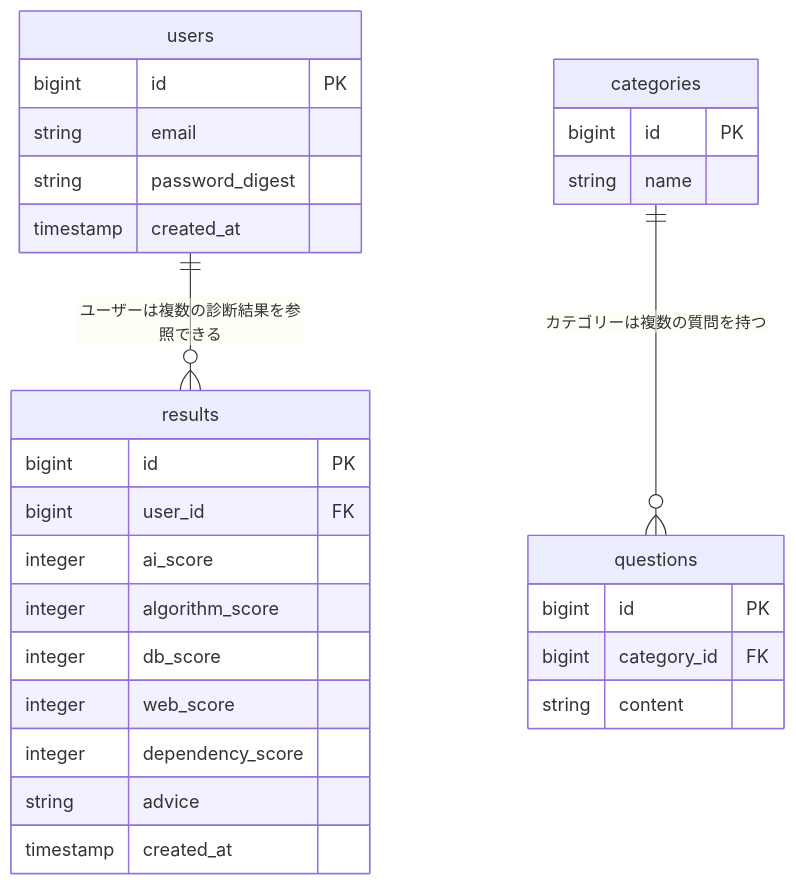
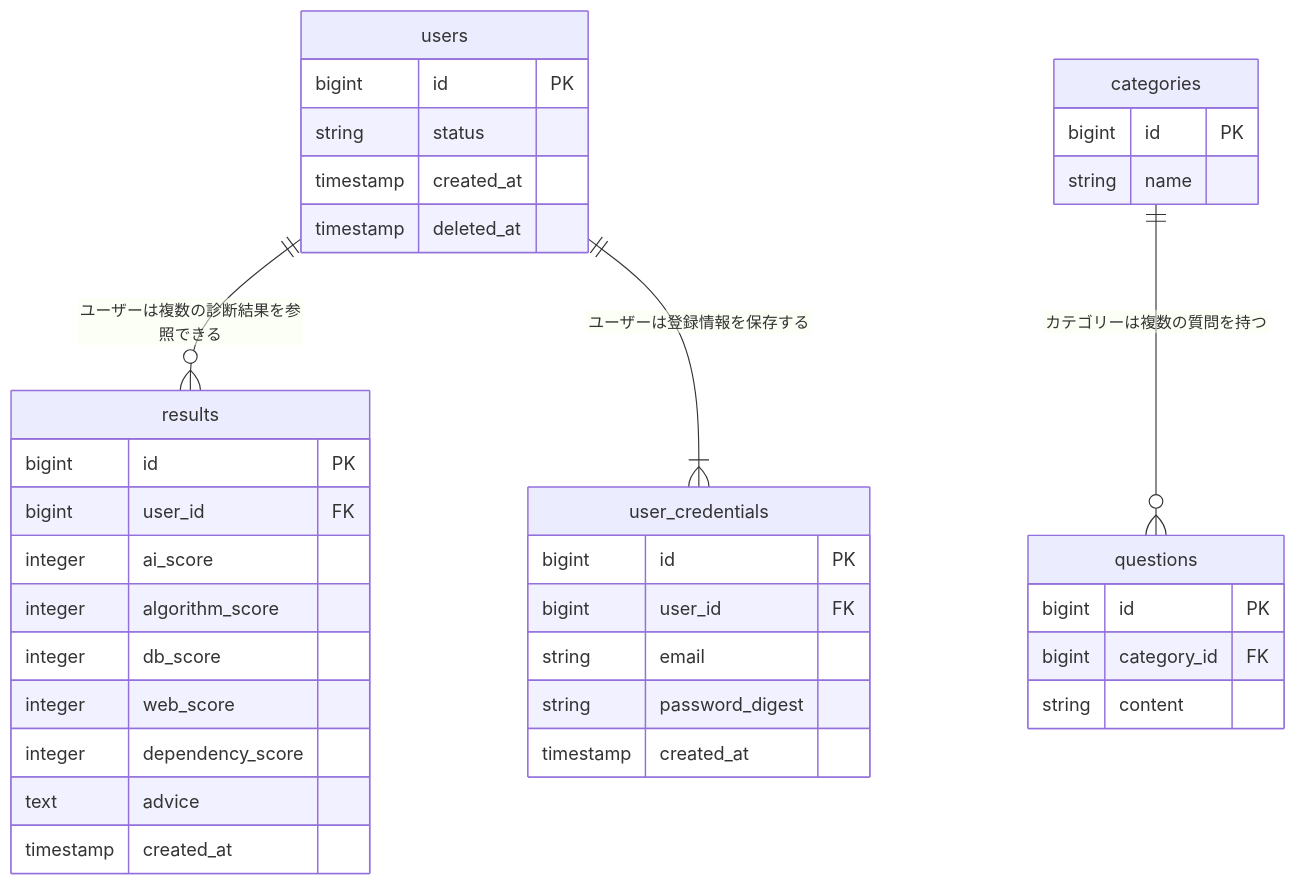
Before and after one commit to rei-dev99/original-product: the diagram in docs/design.md, drawn with Mermaid. The commit also changed other lines of this file, not shown here.

````diff
--- a/docs/design.md
+++ b/docs/design.md
@@ -32,35 +41,44 @@
 ```mermaid
 erDiagram
     users ||--o{ results : ユーザーは複数の診断結果を参照できる
+    users ||--|{ user_credentials : ユーザーは登録情報を保存する
     categories ||--o{ questions : "カテゴリーは複数の質問を持つ"
 
     users {
         bigint id PK
+        string status
+        timestamp created_at
+        timestamp deleted_at
+    }
+
+    user_credentials {
+        bigint id PK
+        bigint user_id FK
         string email
         string password_digest
         timestamp created_at
     }
 
     categories {
         bigint id PK
         string name
     }
 
     questions {
         bigint id PK
         bigint category_id FK
         string content
     }
 
     results {
         bigint id PK
         bigint user_id FK
         integer ai_score
         integer algorithm_score
         integer db_score
         integer web_score
         integer dependency_score
-        string advice
+        text advice
         timestamp created_at
     }
 ```
````
